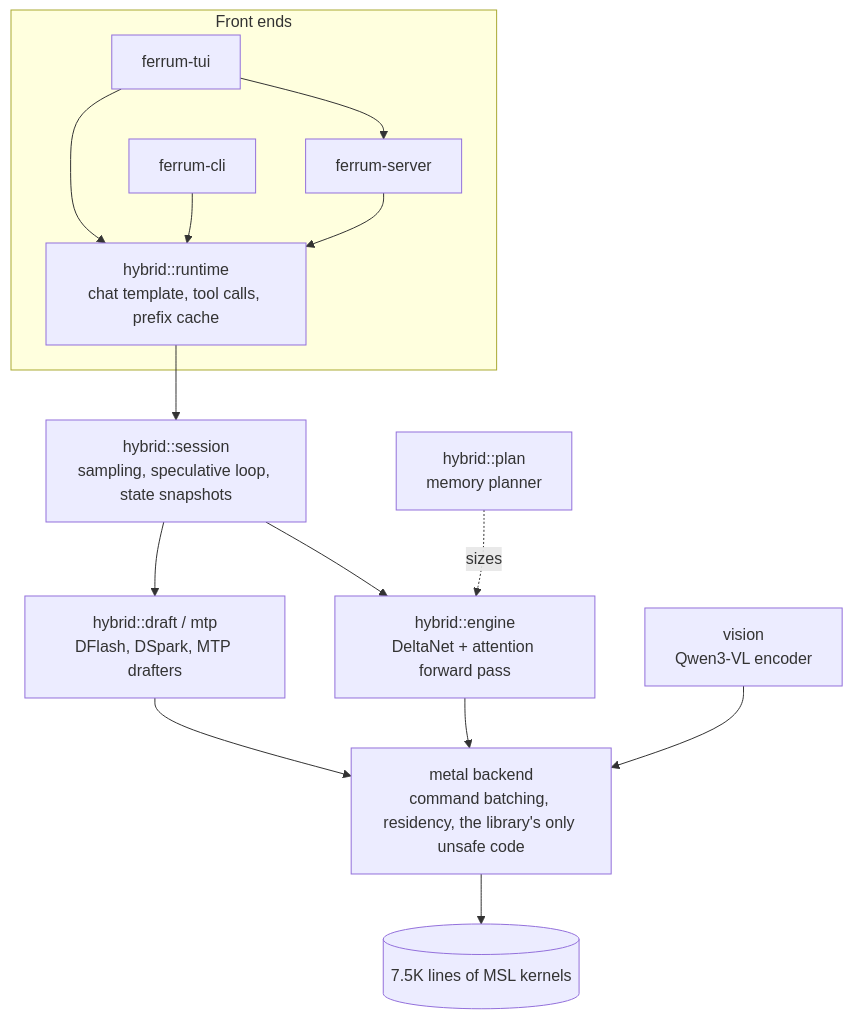
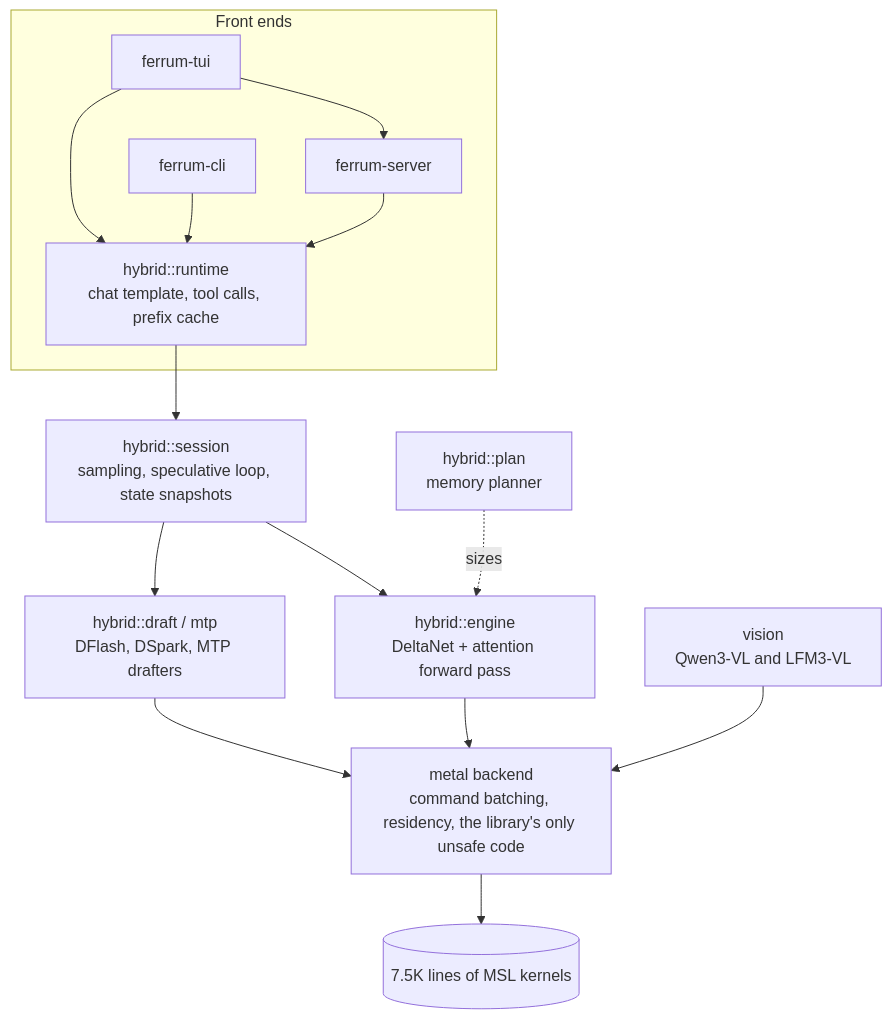
Before and after one commit to austinwells-dev/ferrum: the diagram in README.md, drawn with Mermaid. The commit also changed other lines of this file and 33 other files, not shown here.

````diff
--- a/README.md
+++ b/README.md
@@ -163,17 +165,17 @@
 ```mermaid
 flowchart TD
     subgraph Front ends
         TUI[ferrum-tui] --> SRV[ferrum-server]
         TUI --> RT
         CLI[ferrum-cli] --> RT
         SRV --> RT[hybrid::runtime<br/>chat template, tool calls, prefix cache]
     end
     RT --> SES[hybrid::session<br/>sampling, speculative loop, state snapshots]
     SES --> ENG[hybrid::engine<br/>DeltaNet + attention forward pass]
     SES --> DRF[hybrid::draft / mtp<br/>DFlash, DSpark, MTP drafters]
     PLAN[hybrid::plan<br/>memory planner] -.sizes.-> ENG
     ENG --> MTL
     DRF --> MTL
-    VIS[vision<br/>Qwen3-VL encoder] --> MTL
+    VIS[vision<br/>Qwen3-VL and LFM3-VL] --> MTL
     MTL[metal backend<br/>command batching, residency, the library's only unsafe code] --> SH[(7.5K lines of MSL kernels)]
 ```
````
